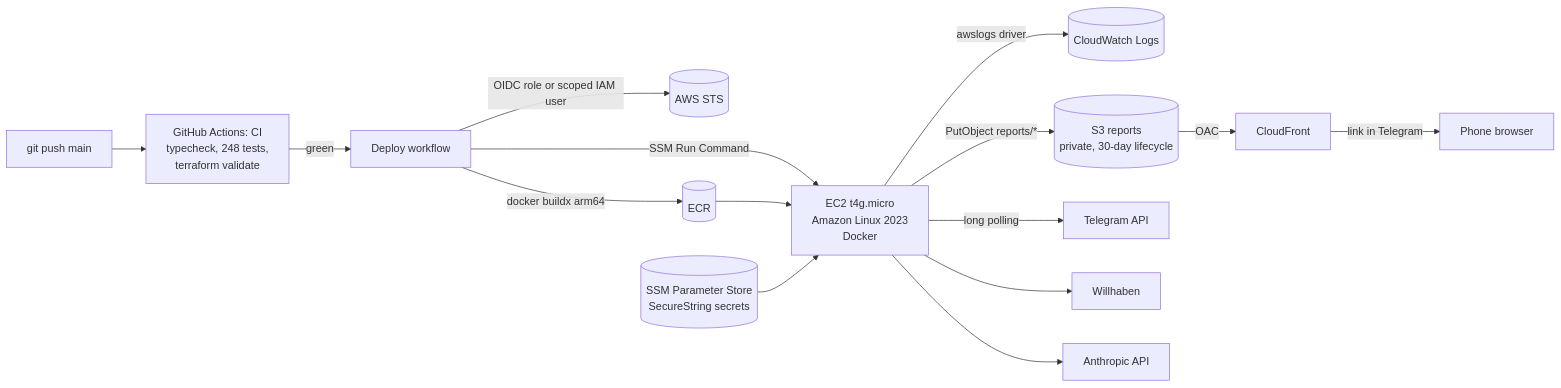
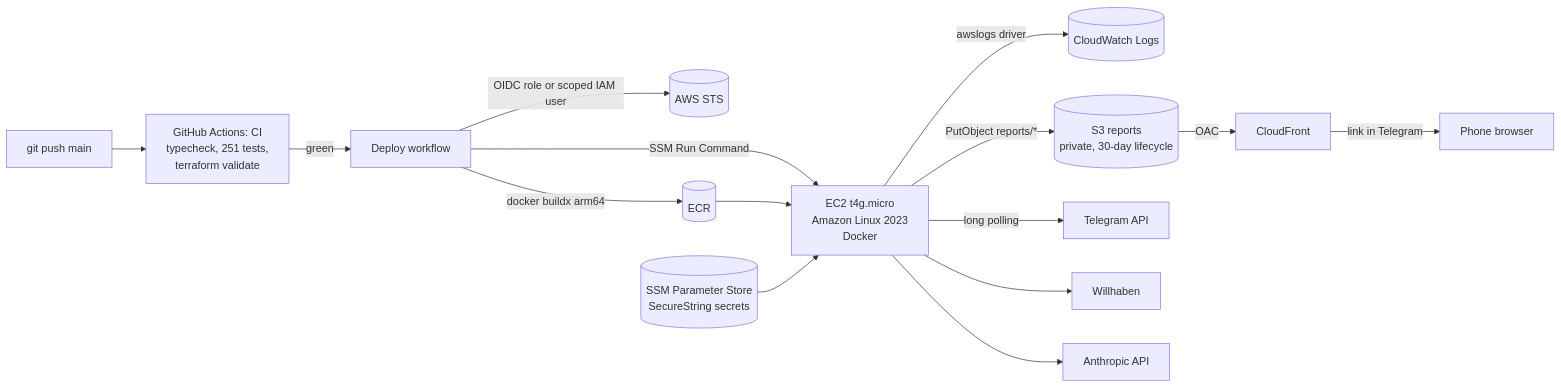
The diagram in docs/aws.md (IvanSytnik/dealradar), drawn with Mermaid before and after one commit. The commit also changed 3 other files, not shown here.

````diff
--- a/docs/aws.md
+++ b/docs/aws.md
@@ -6,16 +6,16 @@
 ```mermaid
 flowchart LR
-  dev[git push main] --> ci[GitHub Actions: CI<br/>typecheck, 248 tests,<br/>terraform validate]
+  dev[git push main] --> ci[GitHub Actions: CI<br/>typecheck, 251 tests,<br/>terraform validate]
   ci -->|green| cd[Deploy workflow]
   cd -->|OIDC role or scoped IAM user| sts[(AWS STS)]
   cd -->|docker buildx arm64| ecr[(ECR)]
   cd -->|SSM Run Command| ec2[EC2 t4g.micro<br/>Amazon Linux 2023<br/>Docker]
   ecr --> ec2
   ssm[(SSM Parameter Store<br/>SecureString secrets)] --> ec2
   ec2 -->|awslogs driver| cw[(CloudWatch Logs)]
   ec2 -->|PutObject reports/*| s3[(S3 reports<br/>private, 30-day lifecycle)]
   s3 -->|OAC| cf[CloudFront] -->|link in Telegram| user[Phone browser]
   ec2 -->|long polling| tg[Telegram API]
   ec2 --> wh[Willhaben]
   ec2 --> ai[Anthropic API]
 ```
````
